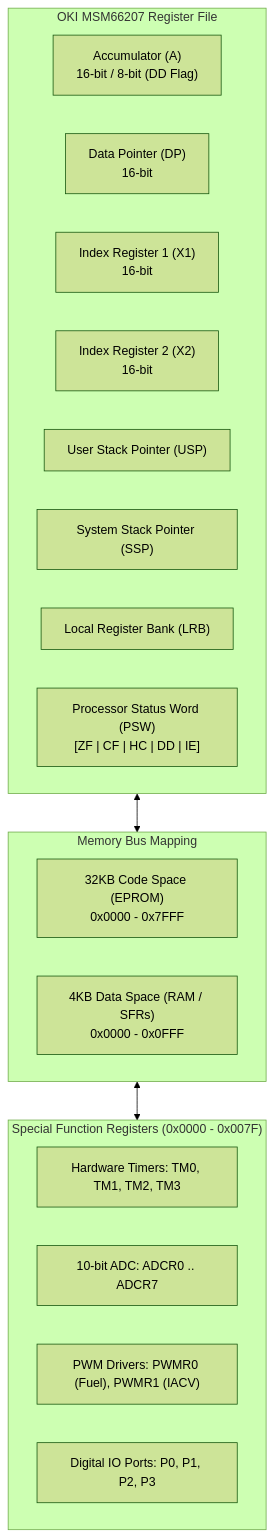
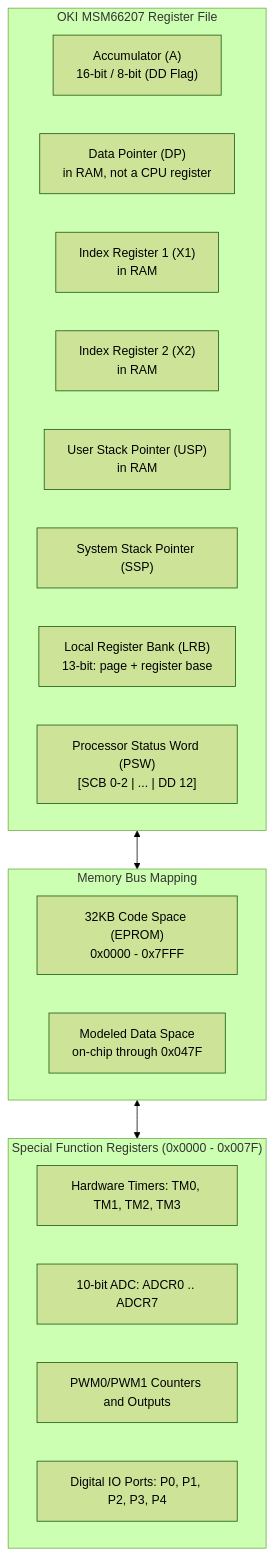
The diagram in docs/P28_ARCHITECTURE.md (VIRUXE/hondaecu-cli), drawn with Mermaid (forest theme) before and after one commit. The commit also changed other lines of this file and 3 other files, not shown here.

````diff
--- a/docs/P28_ARCHITECTURE.md
+++ b/docs/P28_ARCHITECTURE.md
@@ -9,28 +10,28 @@
 ```mermaid
 flowchart TD
     subgraph CPUCore ["OKI MSM66207 Register File"]
         A["Accumulator (A)<br/>16-bit / 8-bit (DD Flag)"]
-        DP["Data Pointer (DP)<br/>16-bit"]
-        X1["Index Register 1 (X1)<br/>16-bit"]
-        X2["Index Register 2 (X2)<br/>16-bit"]
-        USP["User Stack Pointer (USP)"]
+        DP["Data Pointer (DP)<br/>in RAM, not a CPU register"]
+        X1["Index Register 1 (X1)<br/>in RAM"]
+        X2["Index Register 2 (X2)<br/>in RAM"]
+        USP["User Stack Pointer (USP)<br/>in RAM"]
         SSP["System Stack Pointer (SSP)"]
-        LRB["Local Register Bank (LRB)"]
-        PSW["Processor Status Word (PSW)<br/>[ZF | CF | HC | DD | IE]"]
+        LRB["Local Register Bank (LRB)<br/>13-bit: page + register base"]
+        PSW["Processor Status Word (PSW)<br/>[SCB 0-2 | ... | DD 12]"]
     end
 
     subgraph MemorySpace ["Memory Bus Mapping"]
         CodeSpace["32KB Code Space (EPROM)<br/>0x0000 - 0x7FFF"]
-        DataSpace["4KB Data Space (RAM / SFRs)<br/>0x0000 - 0x0FFF"]
+        DataSpace["Modeled Data Space<br/>on-chip through 0x047F"]
     end
 
     subgraph SFRs ["Special Function Registers (0x0000 - 0x007F)"]
         Timers["Hardware Timers: TM0, TM1, TM2, TM3"]
         ADC["10-bit ADC: ADCR0 .. ADCR7"]
-        PWM["PWM Drivers: PWMR0 (Fuel), PWMR1 (IACV)"]
-        Ports["Digital IO Ports: P0, P1, P2, P3"]
+        PWM["PWM0/PWM1 Counters and Outputs"]
+        Ports["Digital IO Ports: P0, P1, P2, P3, P4"]
     end
 
     CPUCore <--> MemorySpace
     MemorySpace <--> SFRs
 ```
````
